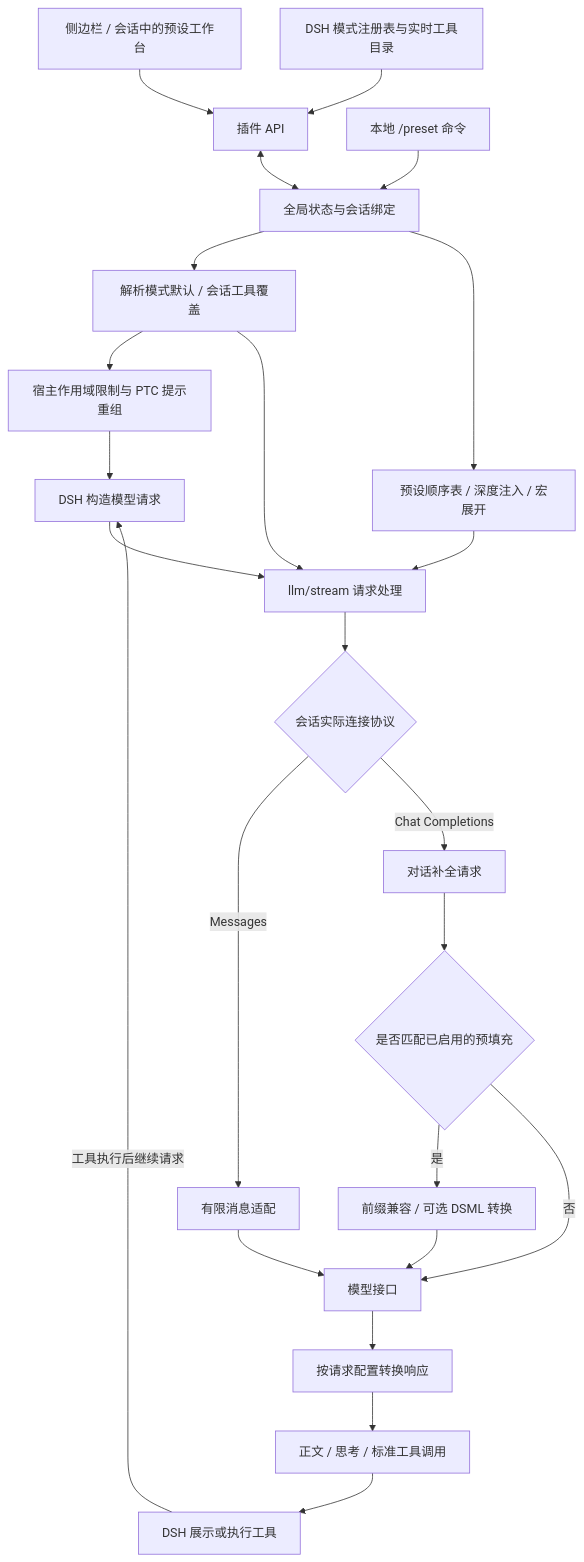
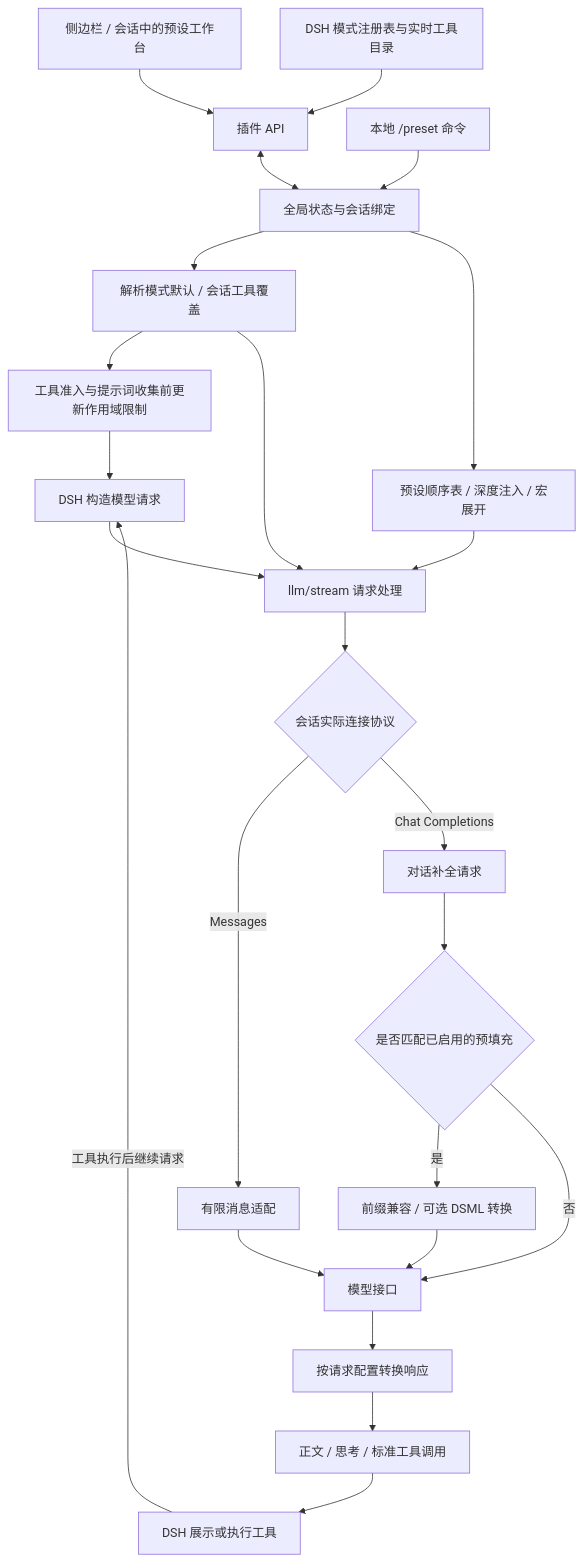
One commit to bychv/dsh-preset-enhance changed the second of 2 diagrams in docs/ARCHITECTURE.md. Above: the diagram before and after it, drawn with Mermaid. The commit also changed other lines of this file and 20 other files, not shown here.

````diff
--- a/docs/ARCHITECTURE.md
+++ b/docs/ARCHITECTURE.md
@@ -32,26 +32,26 @@
 ```mermaid
 flowchart TD
     UI[侧边栏 / 会话中的预设工作台] --> API[插件 API]
     CMD[本地 /preset 命令] --> STATE[全局状态与会话绑定]
     API <--> STATE
     HOST[DSH 模式注册表与实时工具目录] --> API
     STATE --> POLICY[解析模式默认 / 会话工具覆盖]
-    POLICY --> SCOPE[宿主作用域限制与 PTC 提示重组]
+    POLICY --> SCOPE[工具准入与提示词收集前更新作用域限制]
     SCOPE --> REQUEST[DSH 构造模型请求]
     STATE --> PRESET[预设顺序表 / 深度注入 / 宏展开]
     REQUEST --> STREAM[llm/stream 请求处理]
     PRESET --> STREAM
     POLICY --> STREAM
     STREAM --> PROTOCOL{会话实际连接协议}
     PROTOCOL -->|Messages| MSG[有限消息适配]
     PROTOCOL -->|Chat Completions| CHAT[对话补全请求]
     CHAT --> MATCH{是否匹配已启用的预填充}
     MATCH -->|是| BRIDGE[前缀兼容 / 可选 DSML 转换]
     MATCH -->|否| MODEL[模型接口]
     MSG --> MODEL
     BRIDGE --> MODEL
     MODEL --> RESPONSE[按请求配置转换响应]
     RESPONSE --> OUTPUT[正文 / 思考 / 标准工具调用]
     OUTPUT --> DSH[DSH 展示或执行工具]
     DSH -->|工具执行后继续请求| REQUEST
 ```
````
